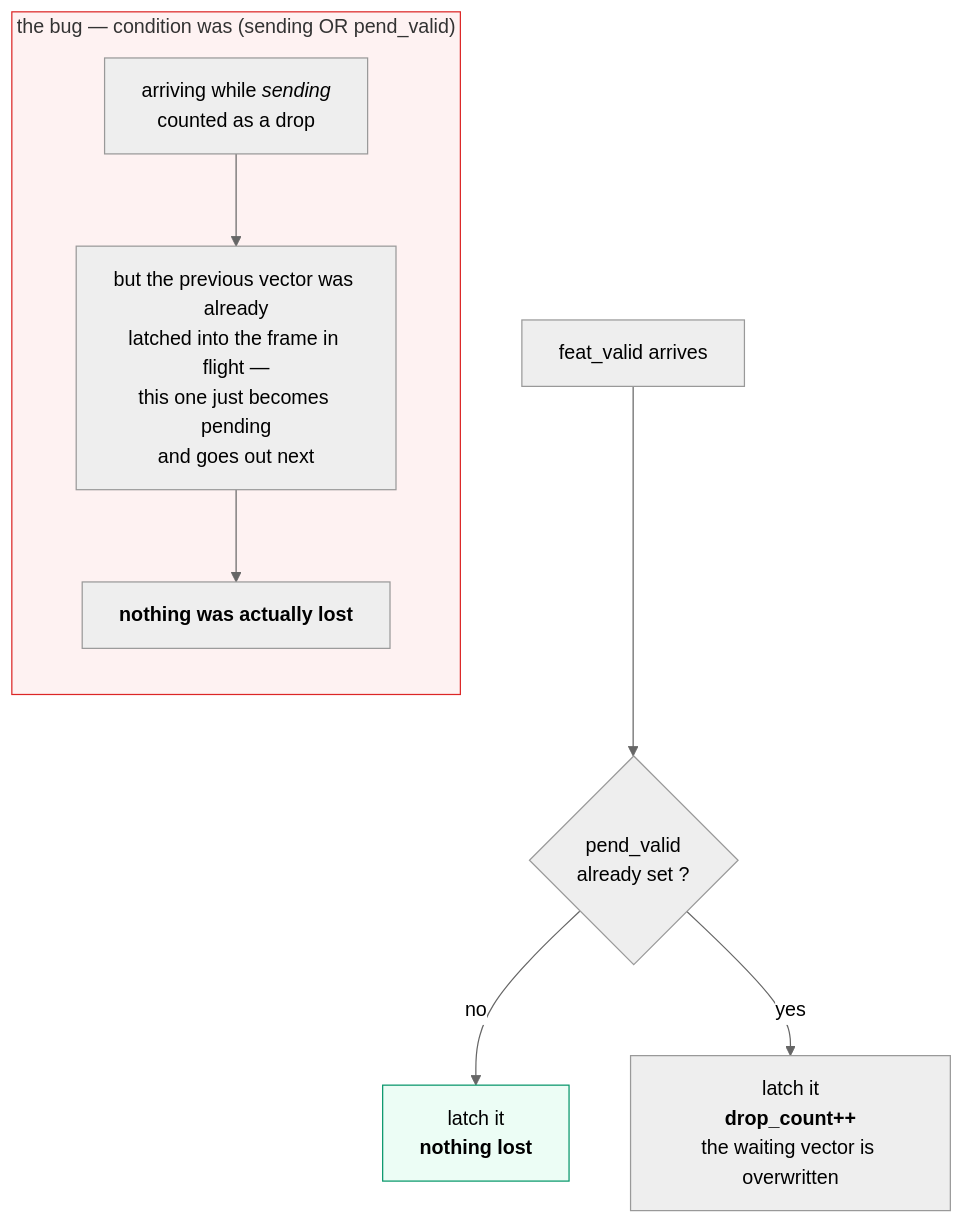
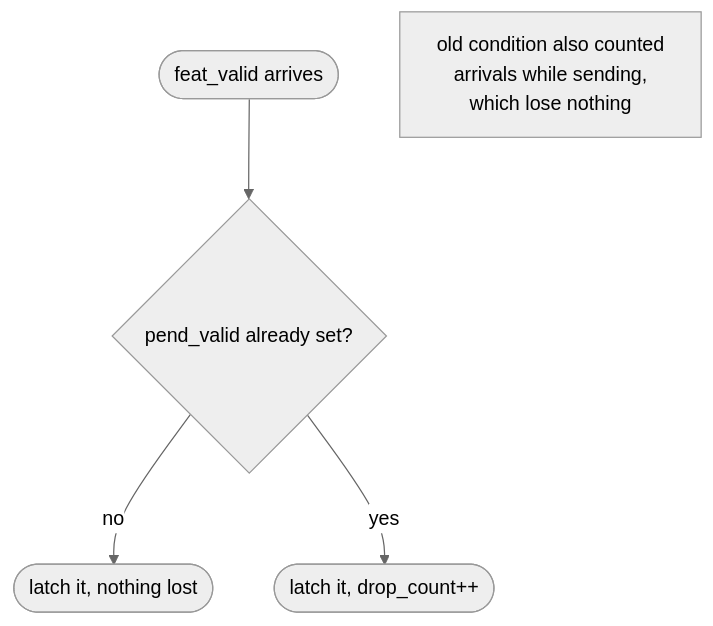
One commit to Rushmello369/fpga-feed-handler changed the third of 5 diagrams in docs/diagrams/board_link_tx.md. Above: the diagram before and after it, drawn with Mermaid (neutral theme). The commit also changed other lines of this file and 12 other files, not shown here.

Commit message:
add diagrams for system and module architectures

````diff
--- a/docs/diagrams/board_link_tx.md
+++ b/docs/diagrams/board_link_tx.md
@@ -70,20 +51,7 @@
 ```mermaid
 flowchart TD
-    FV["feat_valid arrives"]
-    FV --> Q{"pend_valid<br/>already set ?"}
-    Q -->|no| OK["latch it<br/><b>nothing lost</b>"]
-    Q -->|yes| DROP["latch it<br/><b>drop_count++</b><br/>the waiting vector is overwritten"]
-
-    subgraph WAS["the bug — condition was (sending OR pend_valid)"]
-        direction TB
-        W1["arriving while <i>sending</i><br/>counted as a drop"]
-        W2["but the previous vector was already<br/>latched into the frame in flight —<br/>this one just becomes pending<br/>and goes out next"]
-        W3["<b>nothing was actually lost</b>"]
-        W1 --> W2 --> W3
-    end
-
-    classDef good fill:#ecfdf5,stroke:#059669
-    classDef bad fill:#fef2f2,stroke:#dc2626
-    class OK good
-    class WAS bad
+    FV([feat_valid arrives]) --> Q{pend_valid already set?}
+    Q -->|no| OK([latch it, nothing lost])
+    Q -->|yes| DROP([latch it, drop_count++])
+    WAS[old condition also counted<br/>arrivals while sending,<br/>which lose nothing]
 ```
````
